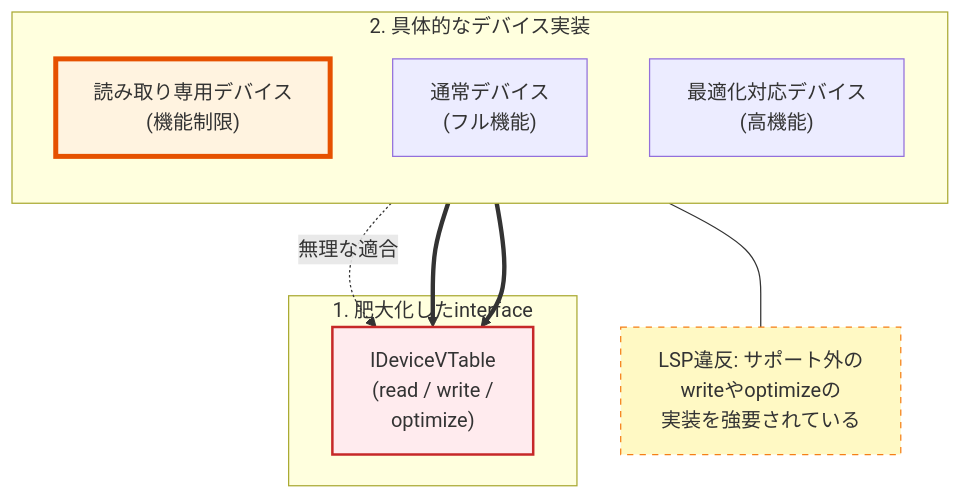
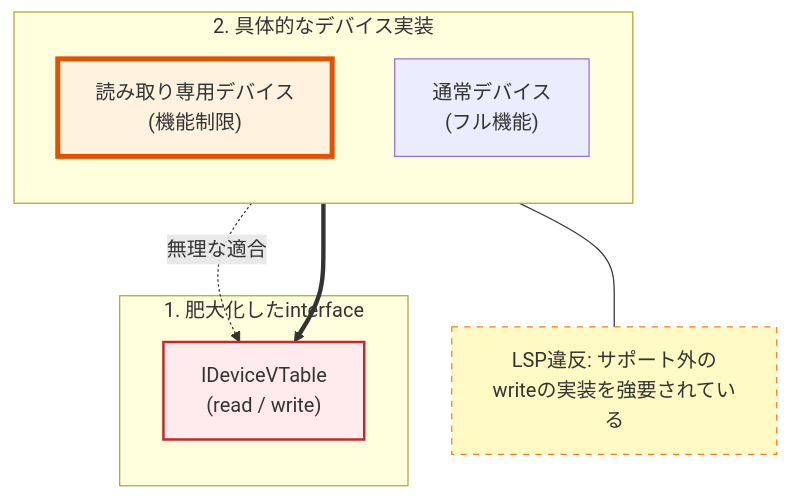
The seventh of 7 diagrams in 02_章別/15_第2部 第11章 インターフェース分離原則 (ISP) 不要な依存の排除とモジュール結合度の最小化_01.md (kumachan1101/BookProject), drawn with Mermaid before and after one commit. The commit also changed other lines of this file and 109 other files, not shown here.

````diff
--- a/02_章別/15_第2部 第11章 インターフェース分離原則 (ISP) 不要な依存の排除とモジュール結合度の最小化_01.md
+++ b/02_章別/15_第2部 第11章 インターフェース分離原則 (ISP) 不要な依存の排除とモジュール結合度の最小化_01.md
@@ -442,29 +488,27 @@
 ```mermaid
 graph TB
       subgraph Interface ["1. 肥大化したinterface"]
-          VT["IDeviceVTable<br/>(read / write /<br/>optimize)"]
+          VT["IDeviceVTable<br/>(read / write)"]
       end
 
       subgraph Impls ["2. 具体的なデバイス実装"]
           direction TB
           RO["読み取り専用デバイス<br/>(機能制限)"]
           RW["通常デバイス<br/>(フル機能)"]
-          OPT["最適化対応デバイス<br/>(高機能)"]
       end
 
       %% 接続
       RO -.->|"無理な適合"| VT
       RW ==> VT
-      OPT ==> VT
 
       %% 問題点の強調
-      Problem["LSP違反: サポート外の<br/>writeやoptimizeの<br/>実装を強要されている"]
+      Problem["LSP違反: サポート外の<br/>writeの実装を強要されている"]
 
       %% 配置の調整
       RO --- Problem
 
       %% スタイル設定
       style VT fill:#ffebee,stroke:#c62828,stroke-width:2px
       style RO fill:#fff3e0,stroke:#e65100,stroke-width:4px
       style Problem fill:#fff9c4,stroke:#f57f17,stroke-dasharray: 5 5
 ```
````
